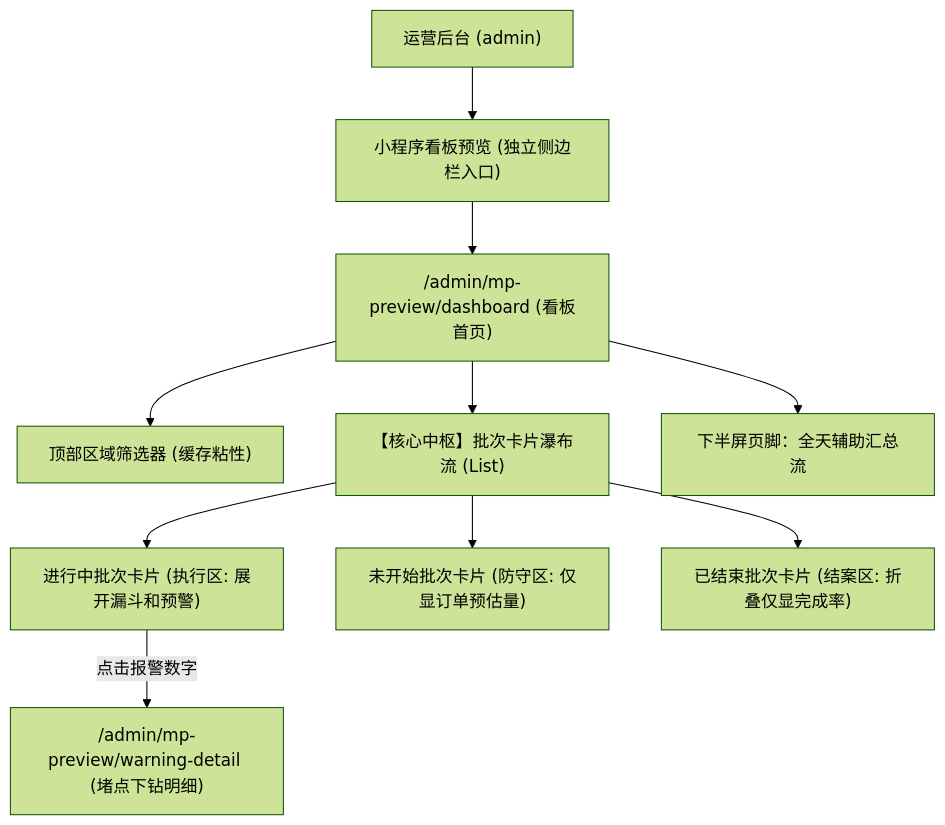
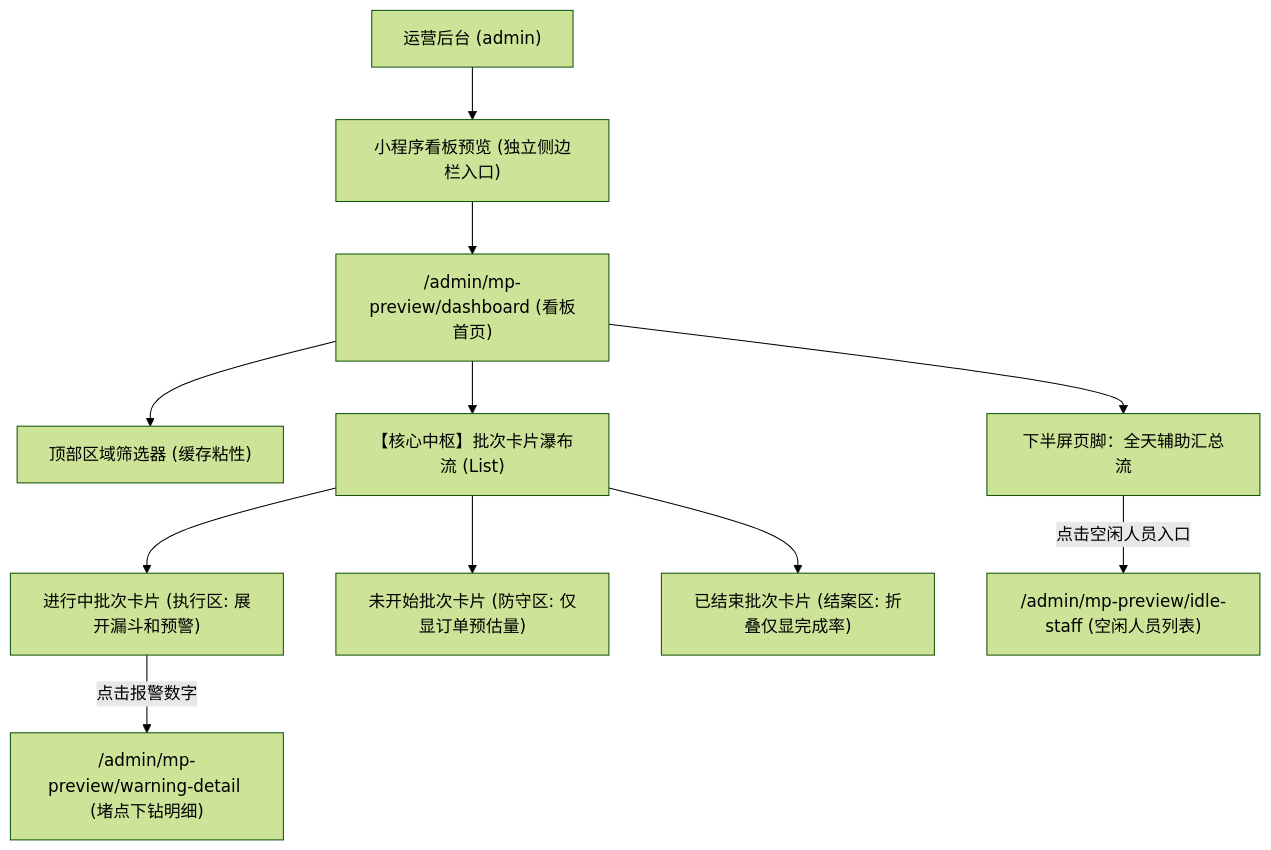
One commit to sdvegeta/gjhadmin changed the first of 3 diagrams in docs/modules/配送小程序_管理看板/IA.md. Above: the diagram before and after it, drawn with Mermaid (forest theme). The commit also changed other lines of this file and 15 other files, not shown here.

````diff
--- a/docs/modules/配送小程序_管理看板/IA.md
+++ b/docs/modules/配送小程序_管理看板/IA.md
@@ -26,13 +26,14 @@
 ```mermaid
 flowchart TD
     A["运营后台 (admin)"] --> B["小程序看板预览 (独立侧边栏入口)"]
     B --> B1["/admin/mp-preview/dashboard (看板首页)"]
     B1 --> C1["顶部区域筛选器 (缓存粘性)"]
     B1 --> C2["【核心中枢】批次卡片瀑布流 (List)"]
     C2 --> D1["进行中批次卡片 (执行区: 展开漏斗和预警)"]
     C2 --> D2["未开始批次卡片 (防守区: 仅显订单预估量)"]
     C2 --> D3["已结束批次卡片 (结案区: 折叠仅显完成率)"]
     B1 --> C3["下半屏页脚：全天辅助汇总流"]
     
     D1 -->|点击报警数字| E1["/admin/mp-preview/warning-detail (堵点下钻明细)"]
+    C3 -->|点击空闲人员入口| E2["/admin/mp-preview/idle-staff (空闲人员列表)"]
 ```
````
